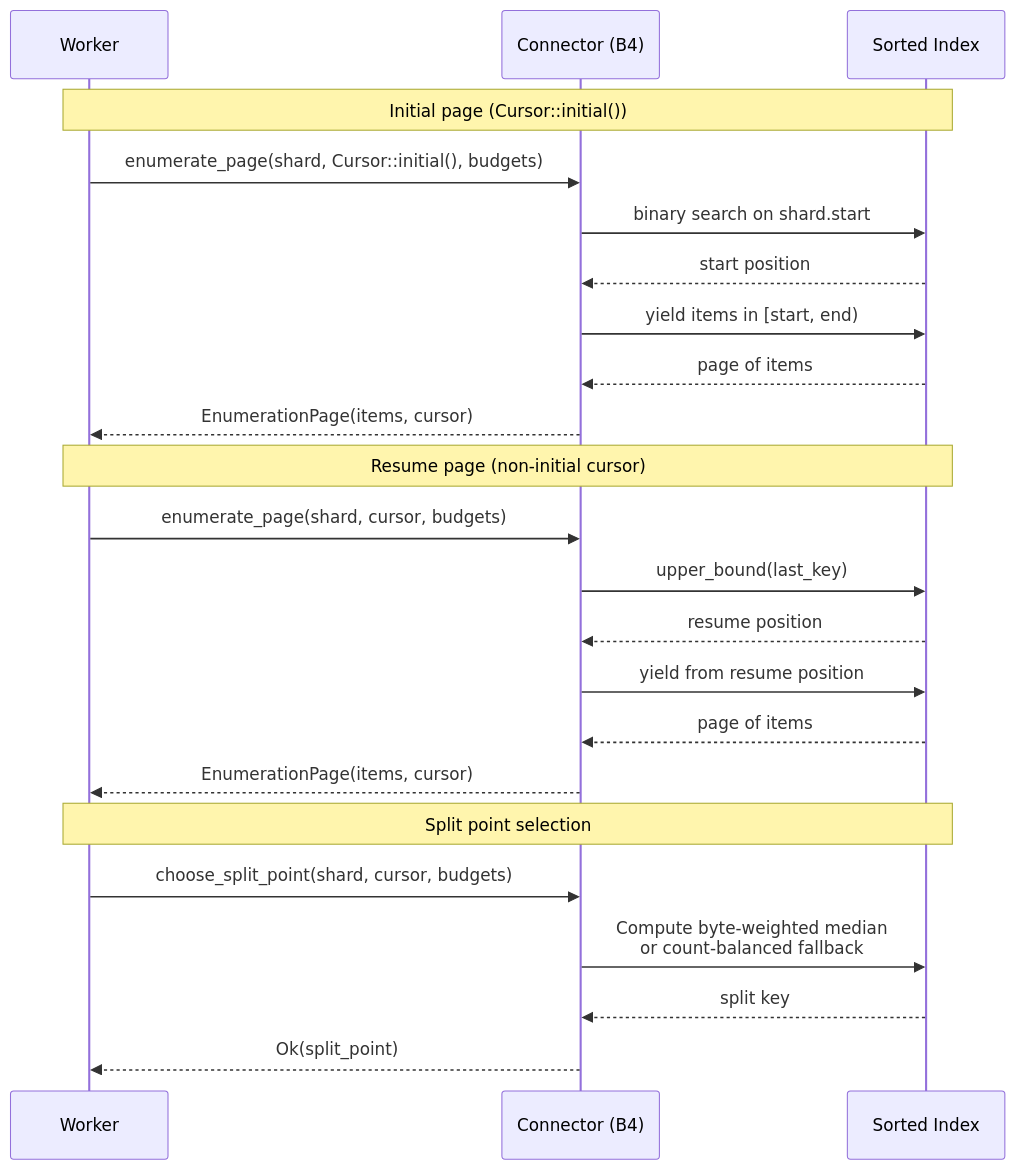
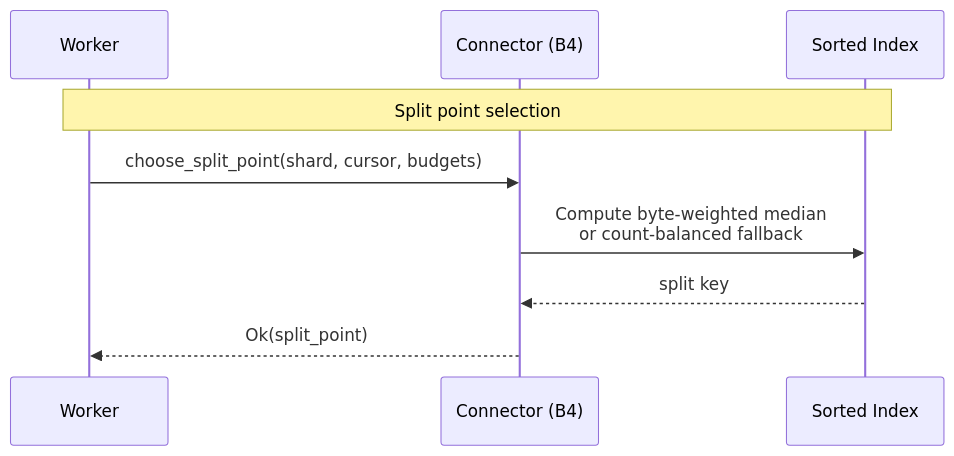
One commit to ahrav/Gossip-rs changed the sixth of 7 diagrams in diagrams/13-shard-algebra-types.md. Above: the diagram before and after it, drawn with Mermaid. The commit also changed other lines of this file and 25 other files, not shown here.

````diff
--- a/diagrams/13-shard-algebra-types.md
+++ b/diagrams/13-shard-algebra-types.md
@@ -390,32 +390,14 @@
 ```mermaid
 %% Diagram: connector-enumeration-lifecycle
 sequenceDiagram
     participant W as Worker
     participant C as Connector (B4)
     participant IDX as Sorted Index
-
-    Note over W,IDX: Initial page (Cursor::initial())
-
-    W->>C: enumerate_page(shard, Cursor::initial(), budgets)
-    C->>IDX: binary search on shard.start
-    IDX-->>C: start position
-    C->>IDX: yield items in [start, end)
-    IDX-->>C: page of items
-    C-->>W: EnumerationPage(items, cursor)
-
-    Note over W,IDX: Resume page (non-initial cursor)
-
-    W->>C: enumerate_page(shard, cursor, budgets)
-    C->>IDX: upper_bound(last_key)
-    IDX-->>C: resume position
-    C->>IDX: yield from resume position
-    IDX-->>C: page of items
-    C-->>W: EnumerationPage(items, cursor)
 
     Note over W,IDX: Split point selection
 
     W->>C: choose_split_point(shard, cursor, budgets)
     C->>IDX: Compute byte-weighted median<br/>or count-balanced fallback
     IDX-->>C: split key
     C-->>W: Ok(split_point)
 ```
````
